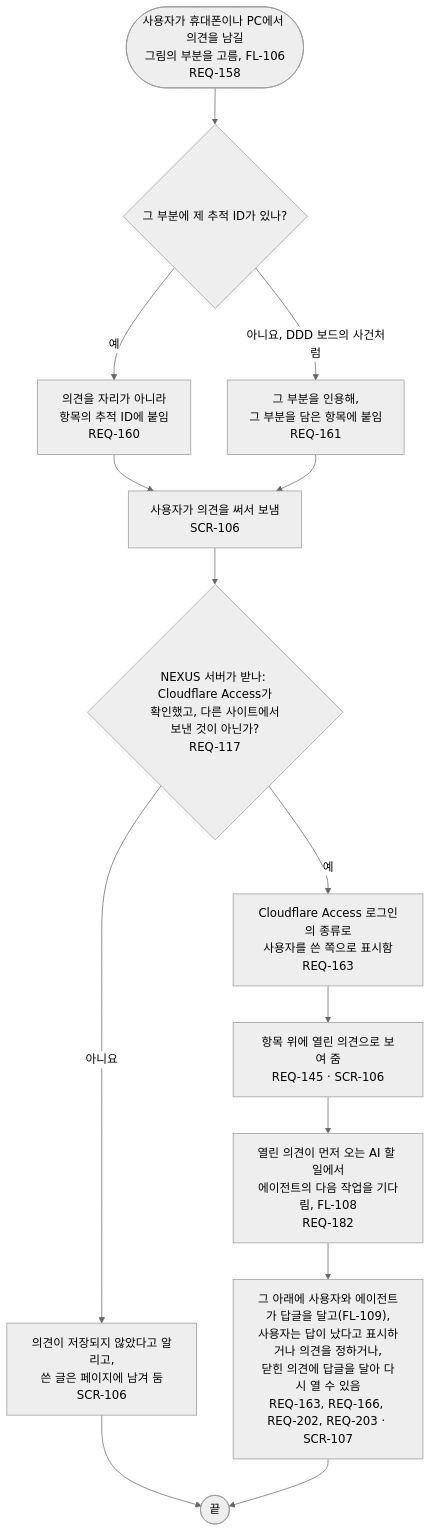
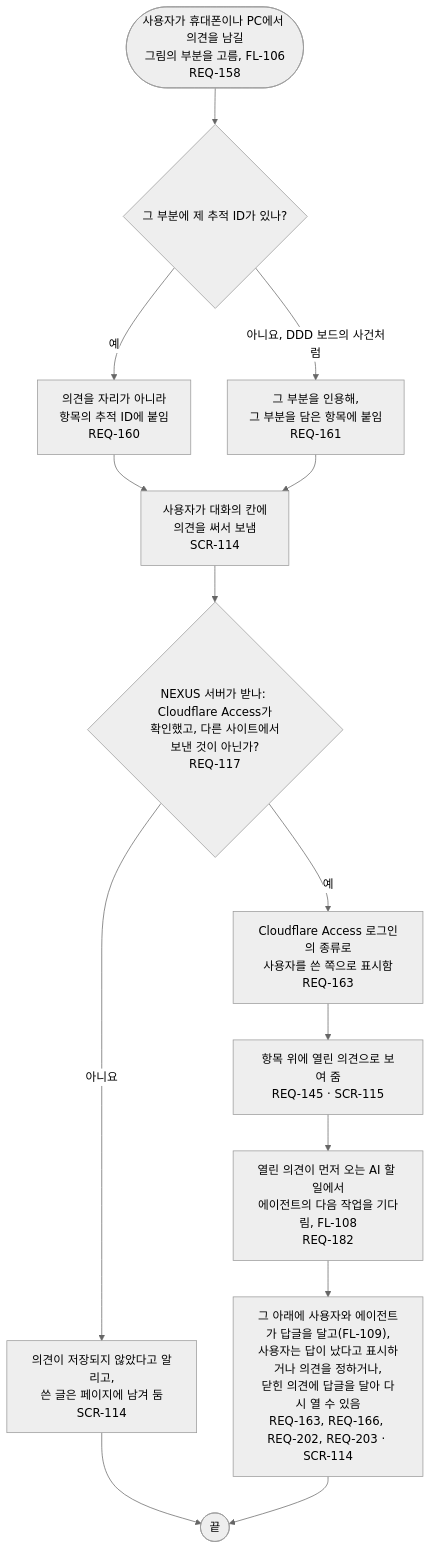
The diagram in docs/03-user-flow/nexus/FL-107-leave-a-comment.ko.md (kodonghui/corthex-nexus), drawn with Mermaid (neutral theme) before and after one commit. The commit also changed other lines of this file and 19 other files, not shown here.

First line of the commit message:
docs(nexus): remove 0.2's screens from the sitemap and name the redesign's in five flows (TASK-278)

````diff
--- a/docs/03-user-flow/nexus/FL-107-leave-a-comment.ko.md
+++ b/docs/03-user-flow/nexus/FL-107-leave-a-comment.ko.md
@@ -9,16 +9,16 @@
 ```mermaid
 flowchart TD
   A(["사용자가 휴대폰이나 PC에서 의견을 남길<br/>그림의 부분을 고름, FL-106<br/>REQ-158"]) --> B{"그 부분에 제 추적 ID가 있나?"}
   B -->|예| C["의견을 자리가 아니라<br/>항목의 추적 ID에 붙임<br/>REQ-160"]
   B -->|아니요, DDD 보드의 사건처럼| D["그 부분을 인용해,<br/>그 부분을 담은 항목에 붙임<br/>REQ-161"]
-  C --> E["사용자가 의견을 써서 보냄<br/>SCR-106"]
+  C --> E["사용자가 대화의 칸에<br/>의견을 써서 보냄<br/>SCR-114"]
   D --> E
   E --> F{"NEXUS 서버가 받나: Cloudflare Access가<br/>확인했고, 다른 사이트에서<br/>보낸 것이 아닌가?<br/>REQ-117"}
-  F -->|아니요| F1["의견이 저장되지 않았다고 알리고,<br/>쓴 글은 페이지에 남겨 둠<br/>SCR-106"]
+  F -->|아니요| F1["의견이 저장되지 않았다고 알리고,<br/>쓴 글은 페이지에 남겨 둠<br/>SCR-114"]
   F1 --> Z(["끝"])
   F -->|예| G["Cloudflare Access 로그인의 종류로<br/>사용자를 쓴 쪽으로 표시함<br/>REQ-163"]
-  G --> H["항목 위에 열린 의견으로 보여 줌<br/>REQ-145 · SCR-106"]
+  G --> H["항목 위에 열린 의견으로 보여 줌<br/>REQ-145 · SCR-115"]
   H --> I["열린 의견이 먼저 오는 AI 할 일에서<br/>에이전트의 다음 작업을 기다림, FL-108<br/>REQ-182"]
-  I --> J["그 아래에 사용자와 에이전트가 답글을 달고(FL-109),<br/>사용자는 답이 났다고 표시하거나 의견을 정하거나,<br/>닫힌 의견에 답글을 달아 다시 열 수 있음<br/>REQ-163, REQ-166, REQ-202, REQ-203 · SCR-107"]
+  I --> J["그 아래에 사용자와 에이전트가 답글을 달고(FL-109),<br/>사용자는 답이 났다고 표시하거나 의견을 정하거나,<br/>닫힌 의견에 답글을 달아 다시 열 수 있음<br/>REQ-163, REQ-166, REQ-202, REQ-203 · SCR-114"]
   J --> Z
 ```
````
